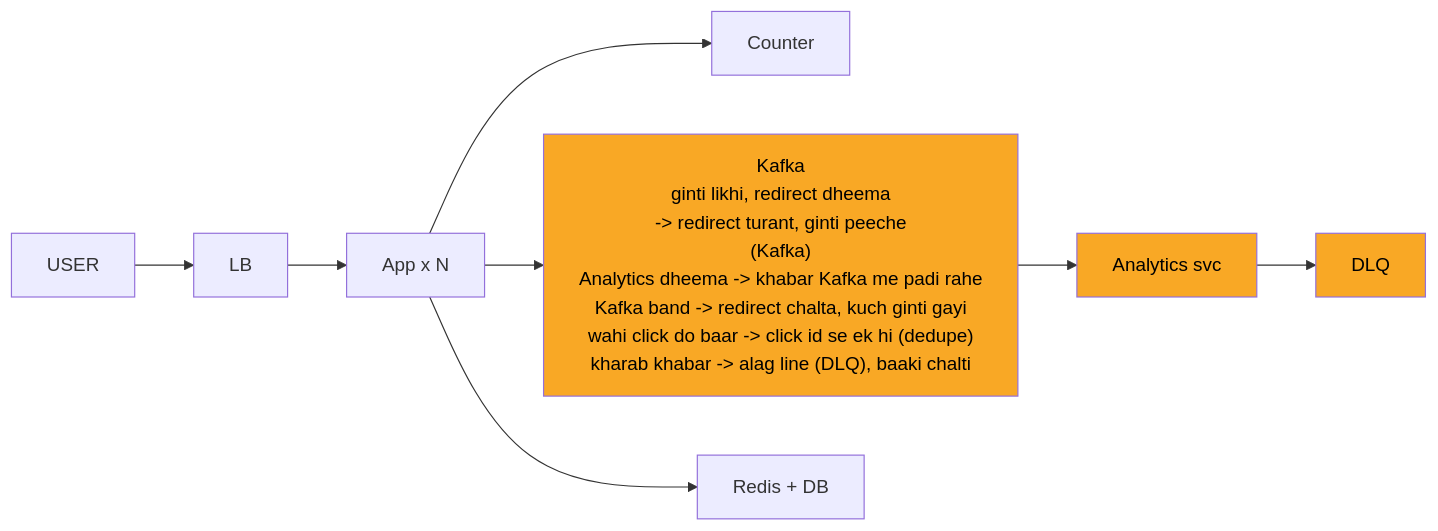
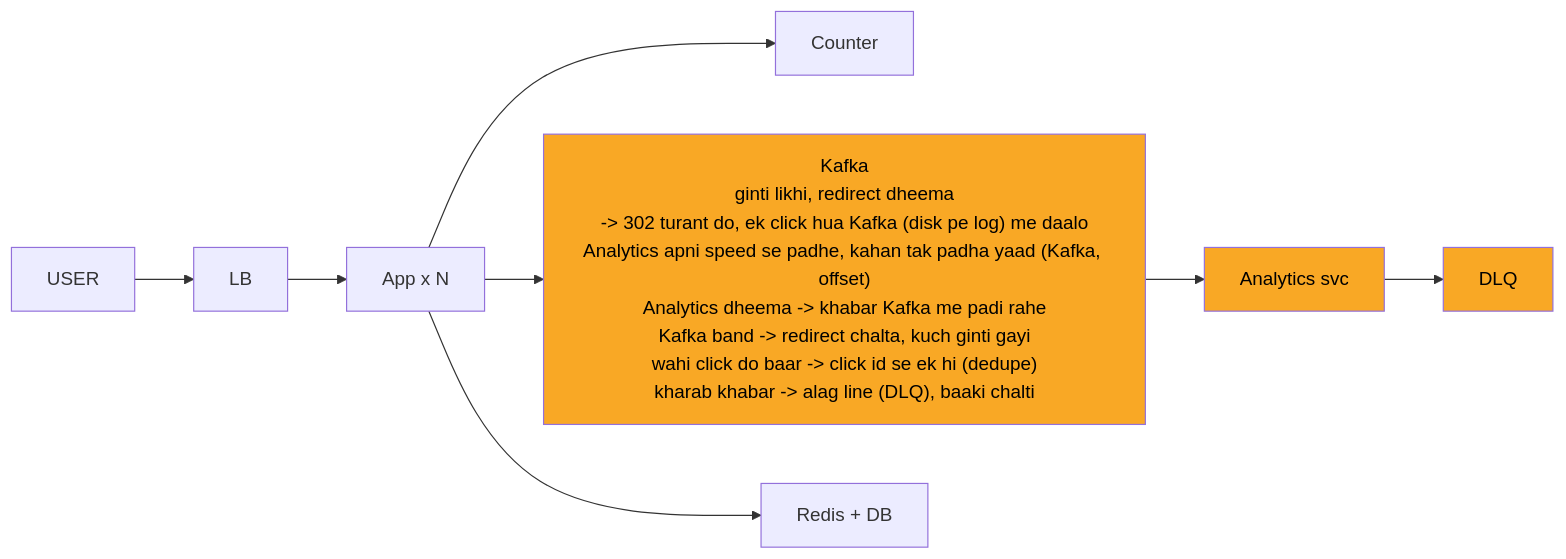
The fifth of 10 diagrams in 04_HLD/SYSTEM_DESIGNS/01_url_shortener/01_url_shortener.md (ArpanMaheshwari144/Prep), drawn with Mermaid before and after one commit. The commit also changed other lines of this file and 13 other files, not shown here.

````diff
--- a/04_HLD/SYSTEM_DESIGNS/01_url_shortener/01_url_shortener.md
+++ b/04_HLD/SYSTEM_DESIGNS/01_url_shortener/01_url_shortener.md
@@ -228,22 +232,22 @@
 ```mermaid
 %%{init: {"flowchart": {"wrappingWidth": 450}}}%%
 flowchart LR
     n_USER["USER"]
     n_LB["LB"]
     n_App_xN["App x N"]
     n_Counter["Counter"]
-    n_Kafka["Kafka<br/>ginti likhi, redirect dheema<br/>-> redirect turant, ginti peeche<br/>(Kafka)<br/>Analytics dheema -> khabar Kafka me padi rahe<br/>Kafka band -> redirect chalta, kuch ginti gayi<br/>wahi click do baar -> click id se ek hi (dedupe)<br/>kharab khabar -> alag line (DLQ), baaki chalti"]
+    n_Kafka["Kafka<br/>ginti likhi, redirect dheema<br/>-> 302 turant do, ek click hua Kafka (disk pe log) me daalo<br/>Analytics apni speed se padhe, kahan tak padha yaad (Kafka, offset)<br/>Analytics dheema -> khabar Kafka me padi rahe<br/>Kafka band -> redirect chalta, kuch ginti gayi<br/>wahi click do baar -> click id se ek hi (dedupe)<br/>kharab khabar -> alag line (DLQ), baaki chalti"]
     n_Analytics_svc["Analytics svc"]
     n_DLQ["DLQ"]
     n_RD["Redis + DB"]
     n_USER --> n_LB
     n_LB --> n_App_xN
     n_App_xN --> n_Counter
     n_App_xN --> n_Kafka
     n_App_xN --> n_RD
     n_Kafka --> n_Analytics_svc
     n_Analytics_svc --> n_DLQ
     style n_Kafka fill:#f9a825,color:#000
     style n_Analytics_svc fill:#f9a825,color:#000
     style n_DLQ fill:#f9a825,color:#000
 ```
````
